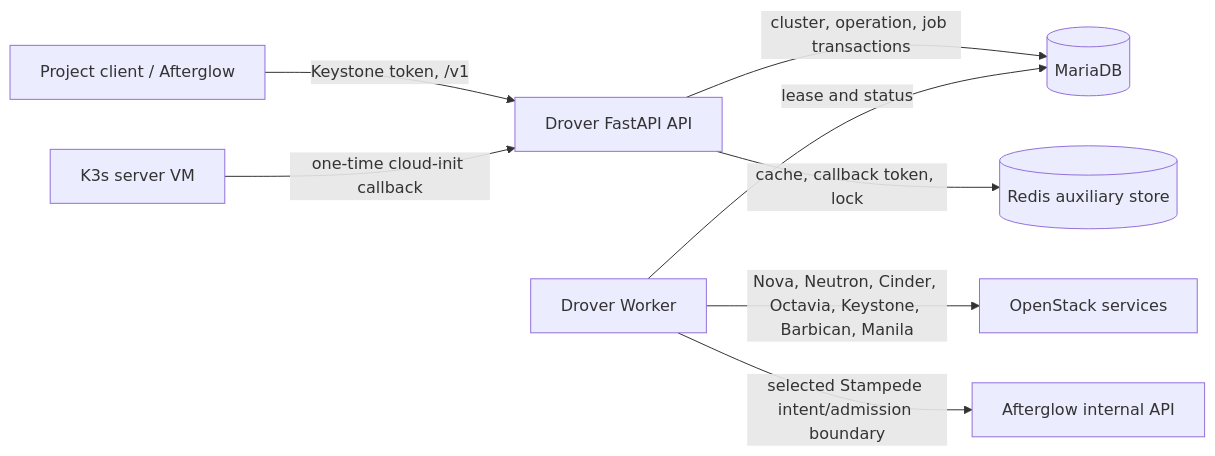
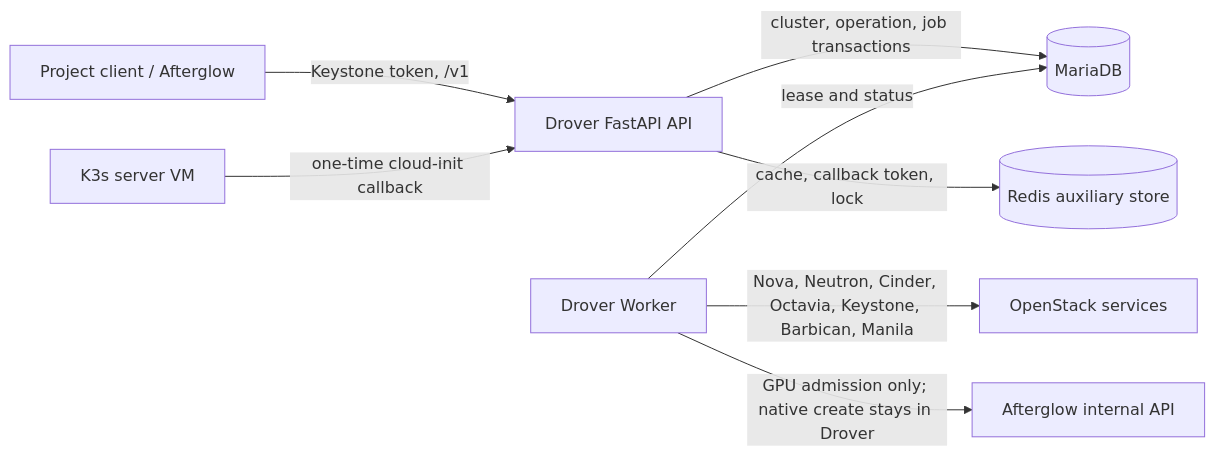
One commit to openstack-afterglow/drover changed the diagram in ARCHITECTURE.md. Above: the diagram before and after it, drawn with Mermaid. The commit also changed other lines of this file and 112 other files, not shown here.

````diff
--- a/ARCHITECTURE.md
+++ b/ARCHITECTURE.md
@@ -31,10 +33,10 @@
 ```mermaid
 graph LR
     User[Project client / Afterglow] -->|Keystone token, /v1| API[Drover FastAPI API]
     API -->|cluster, operation, job transactions| DB[(MariaDB)]
     API -->|cache, callback token, lock| Redis[(Redis auxiliary store)]
     Worker[Drover Worker] -->|lease and status| DB
     Worker -->|Nova, Neutron, Cinder, Octavia, Keystone, Barbican, Manila| OS[OpenStack services]
     VM[K3s server VM] -->|one-time cloud-init callback| API
-    Worker -->|selected Stampede intent/admission boundary| AG[Afterglow internal API]
+    Worker -->|GPU admission only; native create stays in Drover| AG[Afterglow internal API]
 ```
````
